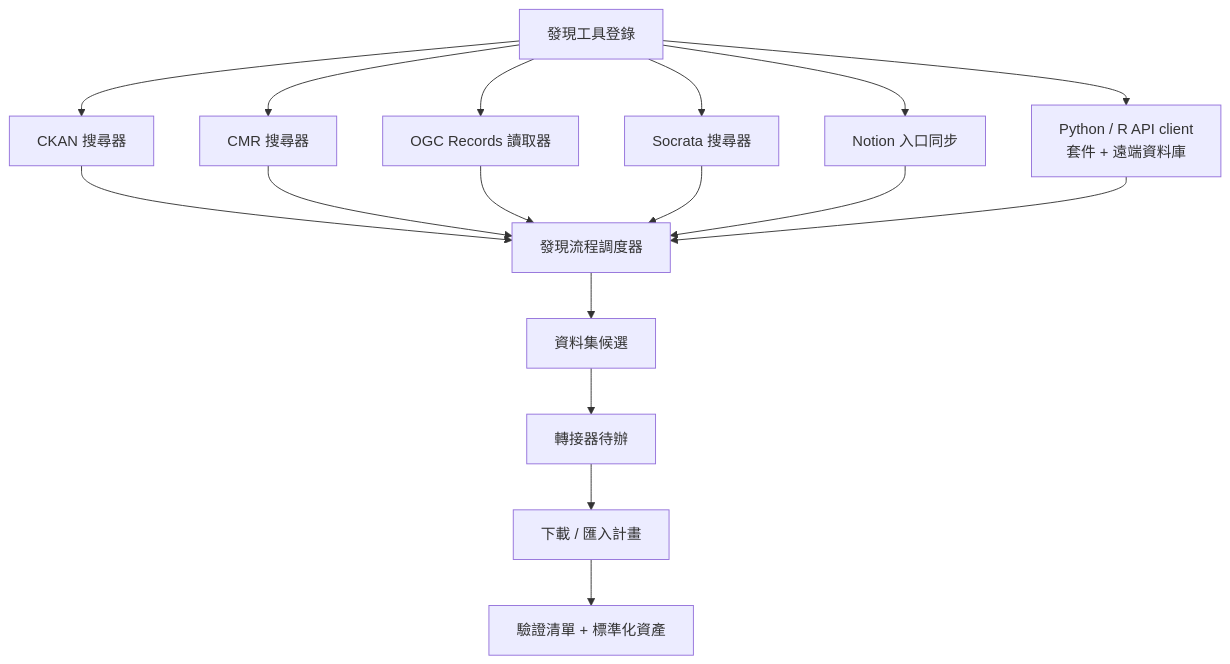
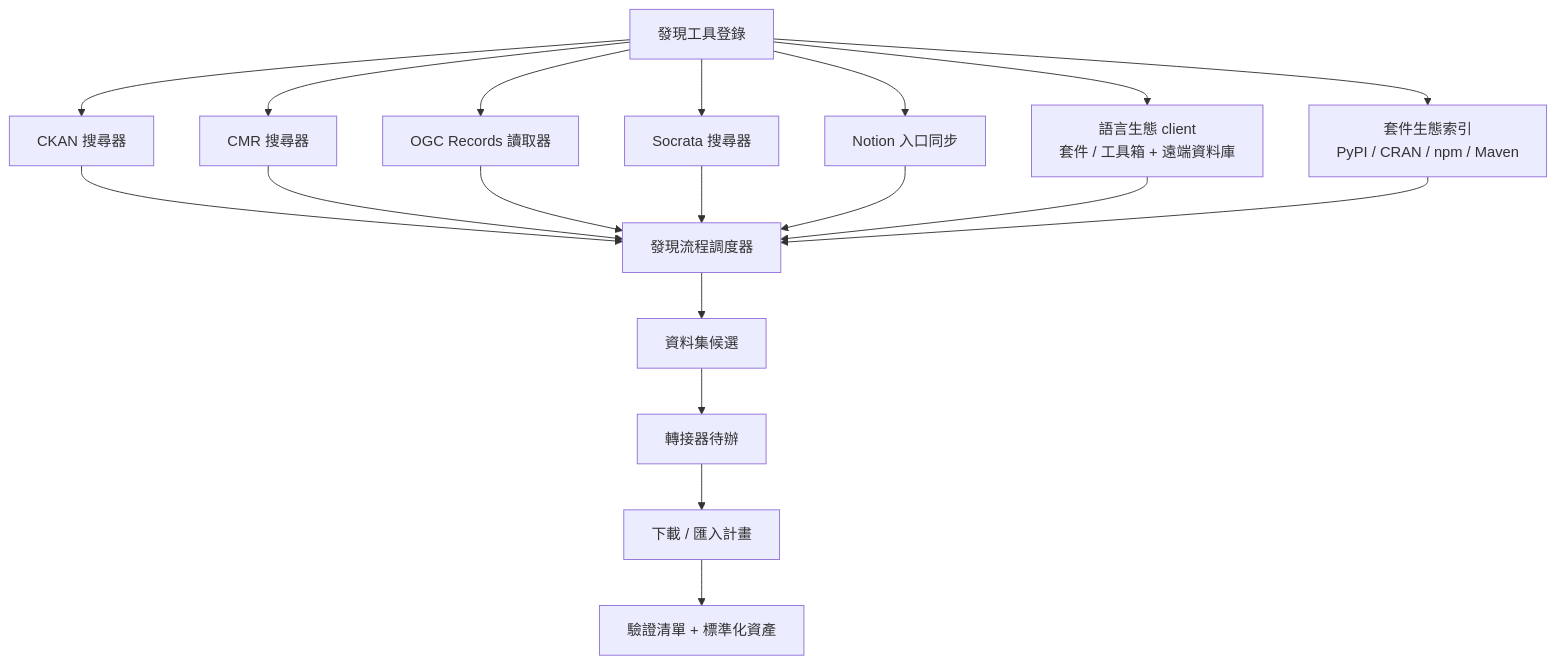
The second of 7 diagrams in docs/DATA_ASSET_PLATFORM_CONCEPTS.zh-TW.md (YanAnnLu/APIkeys_collection), drawn with Mermaid before and after one commit. The commit also changed other lines of this file and 4 other files, not shown here.

````diff
--- a/docs/DATA_ASSET_PLATFORM_CONCEPTS.zh-TW.md
+++ b/docs/DATA_ASSET_PLATFORM_CONCEPTS.zh-TW.md
@@ -200,19 +338,21 @@
 ```mermaid
 flowchart TB
     T[發現工具登錄] --> C1[CKAN 搜尋器]
     T --> C2[CMR 搜尋器]
     T --> C3[OGC Records 讀取器]
     T --> C4[Socrata 搜尋器]
     T --> C5[Notion 入口同步]
-    T --> C6[Python / R API client<br/>套件 + 遠端資料庫]
+    T --> C6[語言生態 client<br/>套件 / 工具箱 + 遠端資料庫]
+    T --> C7[套件生態索引<br/>PyPI / CRAN / npm / Maven]
     C1 --> O[發現流程調度器]
     C2 --> O
     C3 --> O
     C4 --> O
     C5 --> O
     C6 --> O
+    C7 --> O
     O --> D[資料集候選]
     D --> R[轉接器待辦]
     R --> P[下載 / 匯入計畫]
     P --> M[驗證清單 + 標準化資產]
 ```
````
